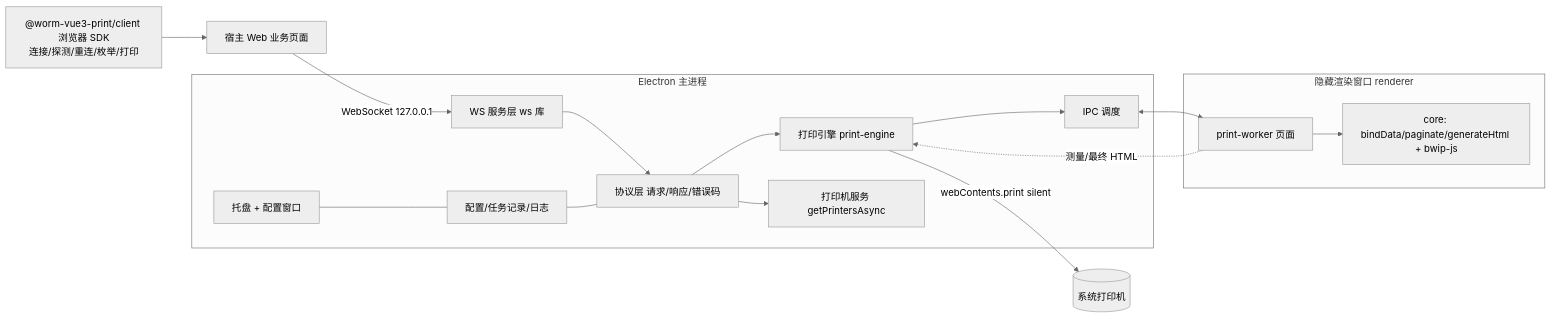
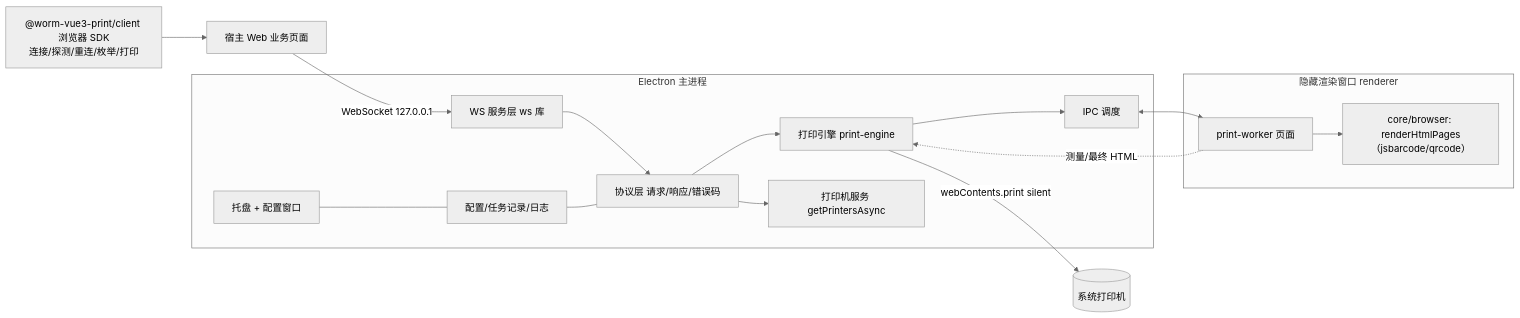
Before and after one commit to worm-longliu/worm-vue3-print: the diagram in docs/superpowers/specs/2026-09-12-print-client-design.md, drawn with Mermaid (neutral theme). The commit also changed other lines of this file and 1 other file, not shown here.

````diff
--- a/docs/superpowers/specs/2026-09-12-print-client-design.md
+++ b/docs/superpowers/specs/2026-09-12-print-client-design.md
@@ -62,19 +62,19 @@
 ```mermaid
 flowchart LR
   H[宿主 Web 业务页面] -->|WebSocket 127.0.0.1| S[WS 服务层 ws 库]
   subgraph Electron 主进程
     S --> P[协议层 请求/响应/错误码]
     P --> E[打印引擎 print-engine]
     P --> PS[打印机服务 getPrintersAsync]
     E --> IPC[IPC 调度]
     CFG[配置/任务记录/日志] --- P
     T[托盘 + 配置窗口] --- CFG
   end
   subgraph 隐藏渲染窗口 renderer
     IPC <--> W[print-worker 页面]
-    W --> CORE["core: bindData/paginate/generateHtml + bwip-js"]
+    W --> CORE["core/browser: renderHtmlPages（jsbarcode/qrcode）"]
   end
   W -.测量/最终 HTML.-> E
   E -->|webContents.print silent| PRINTER[(系统打印机)]
   SDK["@worm-vue3-print/client 浏览器 SDK<br/>连接/探测/重连/枚举/打印"] --> H
 ```
````
